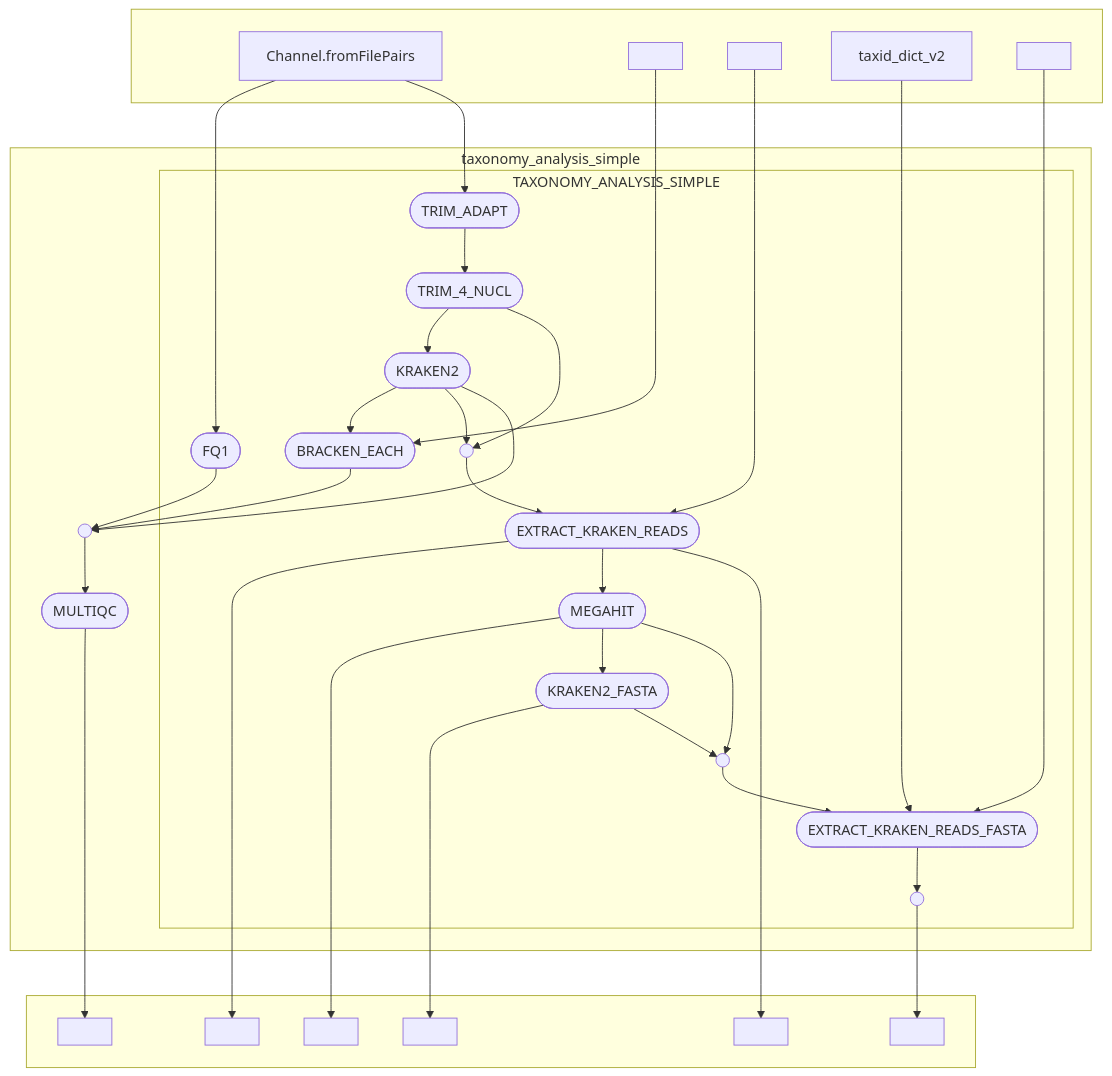
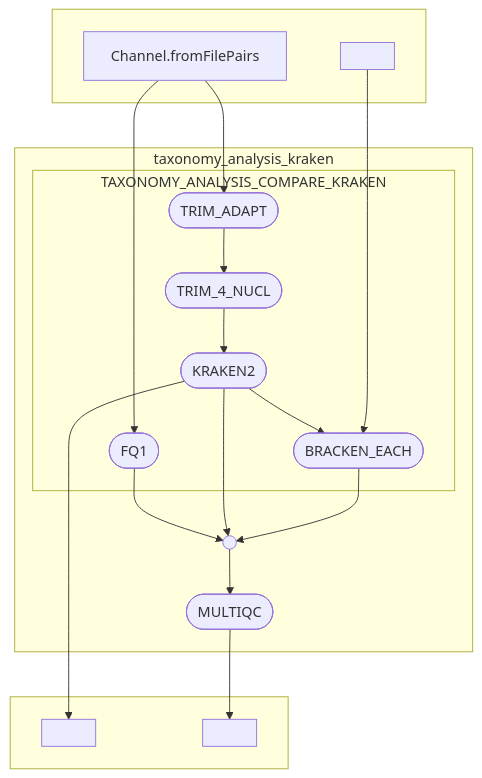
The diagram in dag.mmd (magletdinov/nextflow_projects), drawn with Mermaid before and after one commit. The commit also changed 6 other files, not shown here.

```diff
--- a/dag.mmd
+++ b/dag.mmd
@@ -1,62 +1,32 @@
 flowchart TB
     subgraph " "
     v0["Channel.fromFilePairs"]
-    v5[" "]
-    v9[" "]
-    v19["taxid_dict_v2"]
-    v20[" "]
+    v6[" "]
     end
-    subgraph taxonomy_analysis_simple
-    subgraph TAXONOMY_ANALYSIS_SIMPLE
+    subgraph taxonomy_analysis_kraken
+    subgraph TAXONOMY_ANALYSIS_COMPARE_KRAKEN
     v1([FQ1])
     v2([TRIM_ADAPT])
     v3([TRIM_4_NUCL])
     v4([KRAKEN2])
-    v6([BRACKEN_EACH])
-    v10([EXTRACT_KRAKEN_READS])
-    v13([MEGAHIT])
-    v15([KRAKEN2_FASTA])
-    v21([EXTRACT_KRAKEN_READS_FASTA])
-    v7(( ))
-    v17(( ))
-    v22(( ))
+    v7([BRACKEN_EACH])
     end
-    v27([MULTIQC])
-    v24(( ))
+    v11([MULTIQC])
+    v8(( ))
     end
     subgraph " "
-    v11[" "]
+    v5[" "]
     v12[" "]
-    v14[" "]
-    v16[" "]
-    v23[" "]
-    v28[" "]
     end
     v0 --> v1
     v0 --> v2
-    v1 --> v24
+    v1 --> v8
     v2 --> v3
     v3 --> v4
-    v3 --> v7
-    v4 --> v6
     v4 --> v7
-    v4 --> v24
-    v5 --> v6
-    v6 --> v24
-    v9 --> v10
-    v7 --> v10
-    v10 --> v12
-    v10 --> v13
-    v10 --> v11
-    v13 --> v14
-    v13 --> v15
-    v13 --> v17
-    v15 --> v16
-    v15 --> v17
-    v19 --> v21
-    v20 --> v21
-    v17 --> v21
-    v21 --> v22
-    v22 --> v23
-    v24 --> v27
-    v27 --> v28
+    v4 --> v5
+    v4 --> v8
+    v6 --> v7
+    v7 --> v8
+    v8 --> v11
+    v11 --> v12
```
